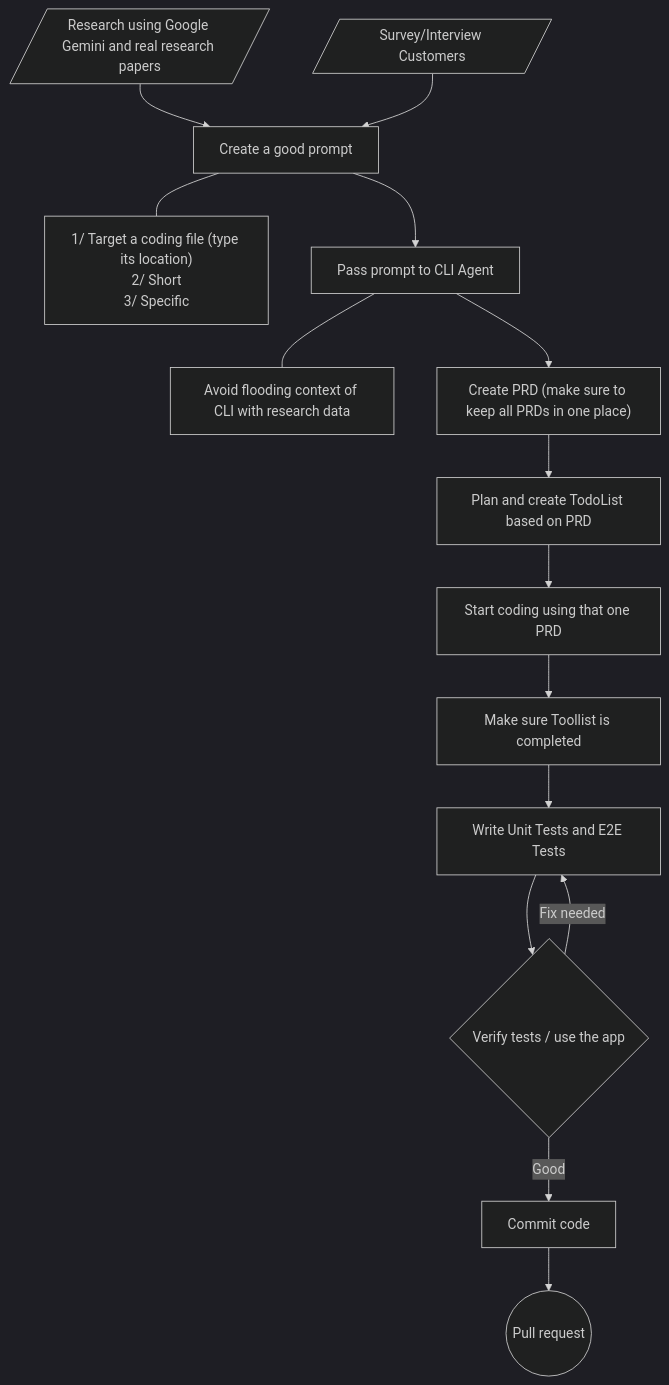
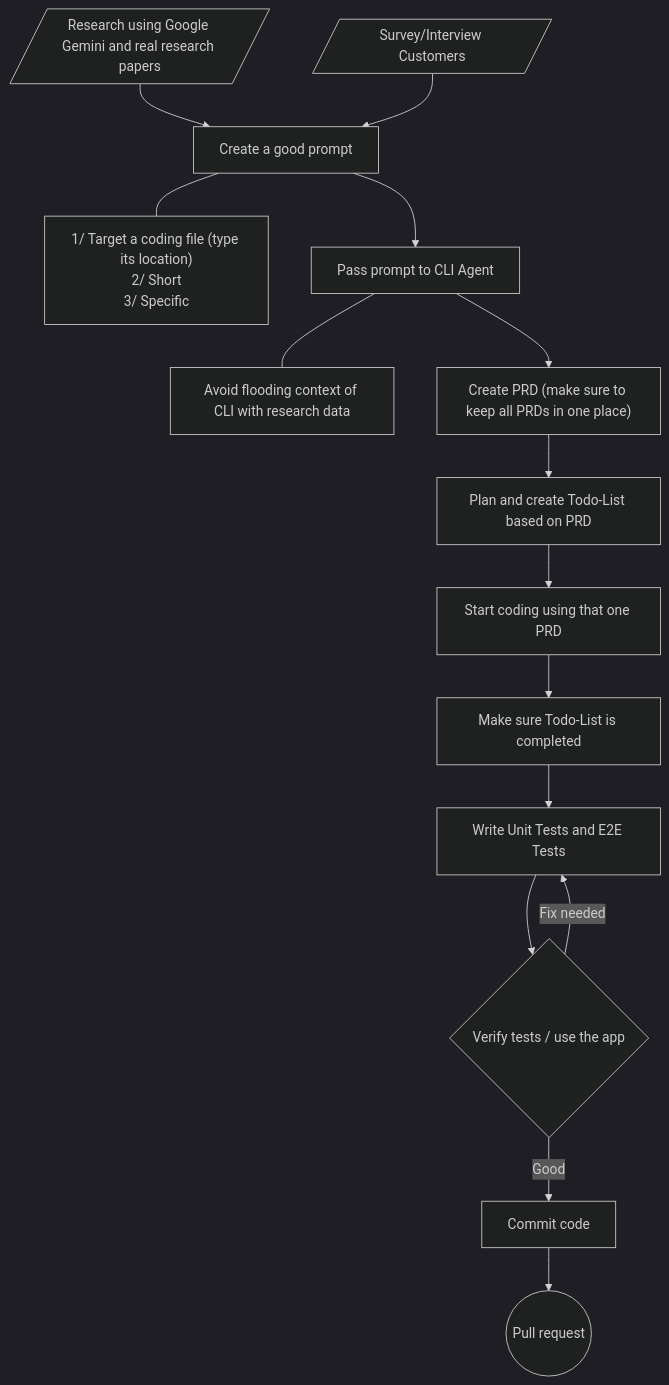
Before and after one commit to wentallout/wentallout: the diagram in README.md, drawn with Mermaid (dark theme).

````diff
--- a/README.md
+++ b/README.md
@@ -10,42 +10,42 @@
 ```mermaid
 graph TD
     A[/Research using Google Gemini and real research papers/]
     B[/Survey/Interview Customers/]
     
     C["Create a good prompt"]
     C_Note["1/ Target a coding file (type its location)<br>2/ Short<br>3/ Specific"]
     
     D["Pass prompt to CLI Agent"]
     D_Note["Avoid flooding context of CLI with research data"]
     
     E["Create PRD (make sure to keep all PRDs in one place)"]
-    F["Plan and create TodoList based on PRD"]
+    F["Plan and create Todo-List based on PRD"]
     G["Start coding using that one PRD"]
-    H["Make sure Toollist is completed"]
+    H["Make sure Todo-List is completed"]
     I["Write Unit Tests and E2E Tests"]
     
     J{"Verify tests / use the app"}
     
     K["Commit code"]
     L(("Pull request"))
 
     %% Connections
     A --> C
     B --> C
     C --- C_Note
     
     C --> D
     D --- D_Note
     
     D --> E
     E --> F
     F --> G
     G --> H
     H --> I
     I --> J
     
     J -->|Good| K
     J -->|Fix needed| I
     
     K --> L
 ```
````
